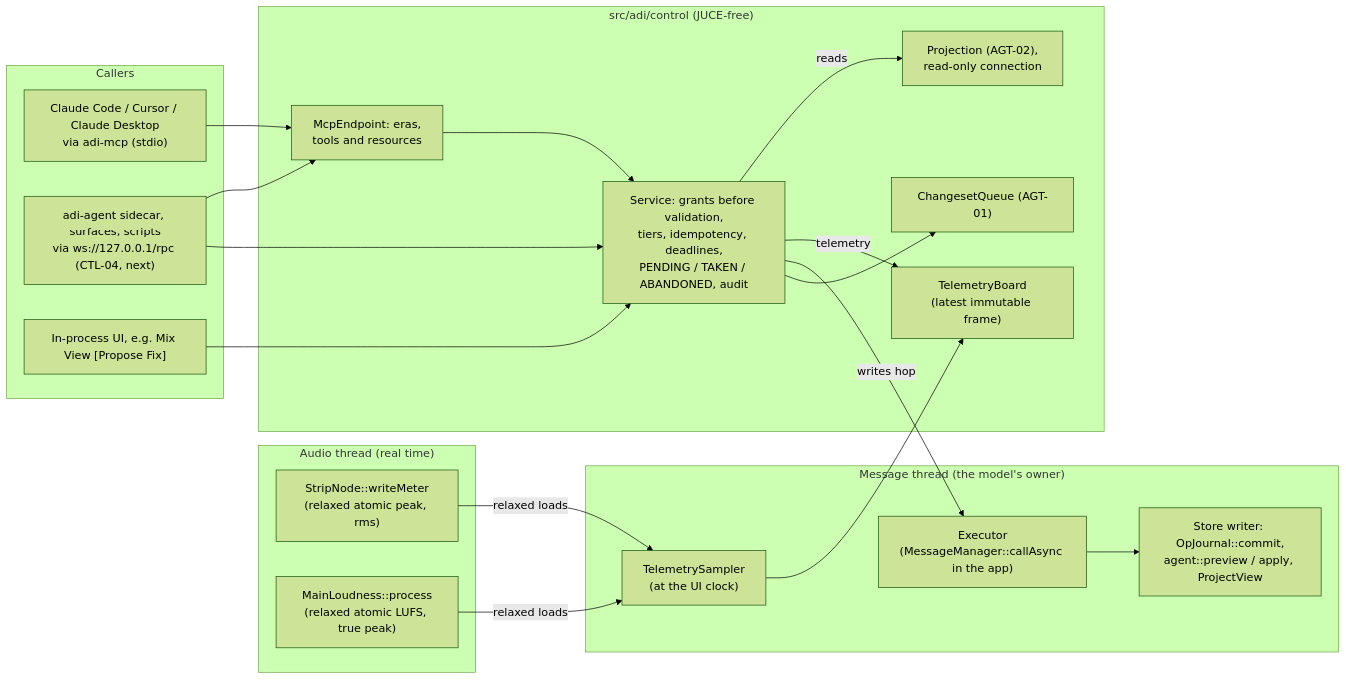
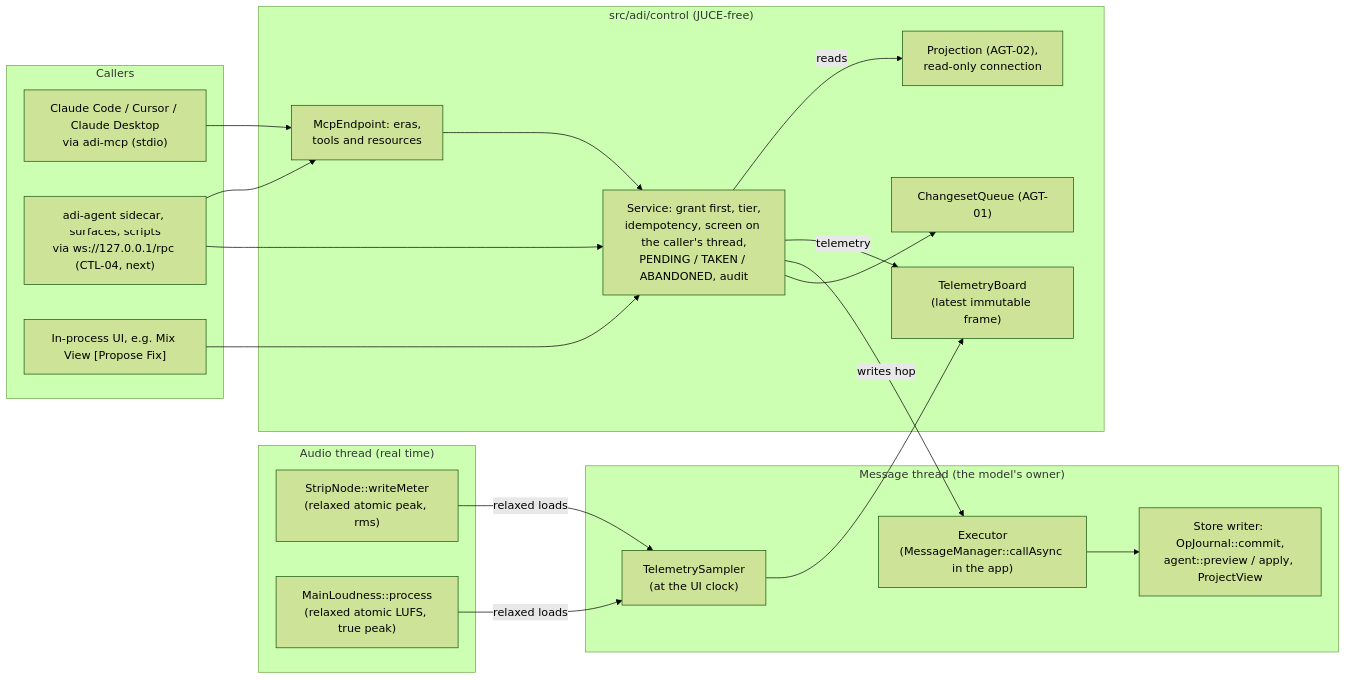
The diagram in adi_daw/docs/CONTROL-MCP.md (arieladi/Adi), drawn with Mermaid (forest theme) before and after one commit. The commit also changed other lines of this file and 1 other file, not shown here.

````diff
--- a/adi_daw/docs/CONTROL-MCP.md
+++ b/adi_daw/docs/CONTROL-MCP.md
@@ -66,36 +71,36 @@
 ```mermaid
 flowchart LR
   subgraph RT["Audio thread (real time)"]
     A1["StripNode::writeMeter<br/>(relaxed atomic peak, rms)"]
     A2["MainLoudness::process<br/>(relaxed atomic LUFS, true peak)"]
   end
   subgraph MT["Message thread (the model's owner)"]
     S["TelemetrySampler<br/>(at the UI clock)"]
     W["Store writer: OpJournal::commit,<br/>agent::preview / apply, ProjectView"]
     EX["Executor<br/>(MessageManager::callAsync in the app)"]
   end
   subgraph CORE["src/adi/control (JUCE-free)"]
-    SV["Service: grants before validation,<br/>tiers, idempotency, deadlines,<br/>PENDING / TAKEN / ABANDONED, audit"]
+    SV["Service: grant first, tier,<br/>idempotency, screen on the caller's thread,<br/>PENDING / TAKEN / ABANDONED, audit"]
     MCP["McpEndpoint: eras,<br/>tools and resources"]
     Q["ChangesetQueue (AGT-01)"]
     B["TelemetryBoard<br/>(latest immutable frame)"]
     PR["Projection (AGT-02),<br/>read-only connection"]
   end
   subgraph CLIENTS["Callers"]
     C1["Claude Code / Cursor / Claude Desktop<br/>via adi-mcp (stdio)"]
     C2["adi-agent sidecar, surfaces, scripts<br/>via ws://127.0.0.1/rpc (CTL-04, next)"]
     C3["In-process UI, e.g. Mix View [Propose Fix]"]
   end
   A1 -- "relaxed loads" --> S
   A2 -- "relaxed loads" --> S
   S --> B
   C1 --> MCP
   C2 --> MCP
   C2 --> SV
   C3 --> SV
   MCP --> SV
   SV -- "reads" --> PR
   SV -- "telemetry" --> B
   SV -- "writes hop" --> EX --> W
   SV --> Q
 ```
````
